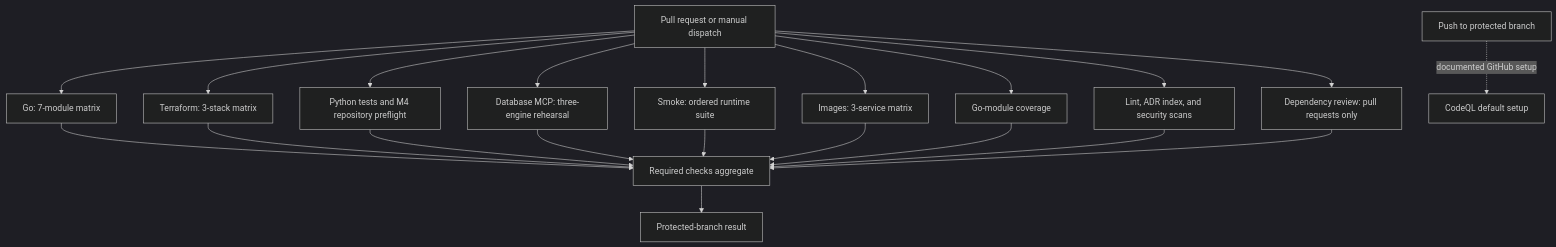
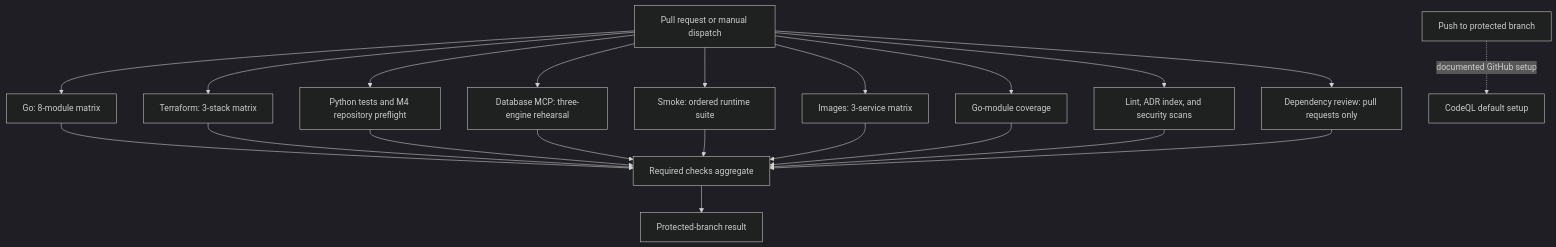
One commit to lilabrooks/my-local-platform changed the diagram in docs/repository-file-checks.md. Above: the diagram before and after it, drawn with Mermaid (dark theme). The commit also changed other lines of this file and 35 other files, not shown here.

````diff
--- a/docs/repository-file-checks.md
+++ b/docs/repository-file-checks.md
@@ -58,26 +58,26 @@
 ```mermaid
 flowchart TD
     event[Pull request or manual dispatch]
-    event --> go[Go: 7-module matrix]
+    event --> go[Go: 8-module matrix]
     event --> terraform[Terraform: 3-stack matrix]
     event --> python[Python tests and M4 repository preflight]
     event --> database[Database MCP: three-engine rehearsal]
     event --> smoke[Smoke: ordered runtime suite]
     event --> image[Images: 3-service matrix]
     event --> modules[Go-module coverage]
     event --> lint[Lint, ADR index, and security scans]
     event --> dependency[Dependency review: pull requests only]
 
     go --> required[Required checks aggregate]
     terraform --> required
     python --> required
     database --> required
     smoke --> required
     image --> required
     modules --> required
     lint --> required
     dependency --> required
     required --> protection[Protected-branch result]
 
     push[Push to protected branch] -. documented GitHub setup .-> codeql[CodeQL default setup]
 ```
````
